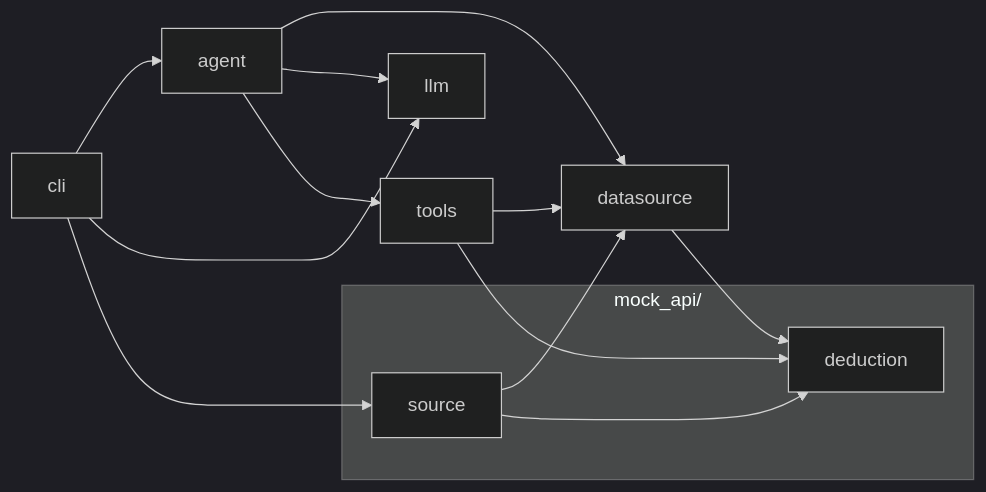
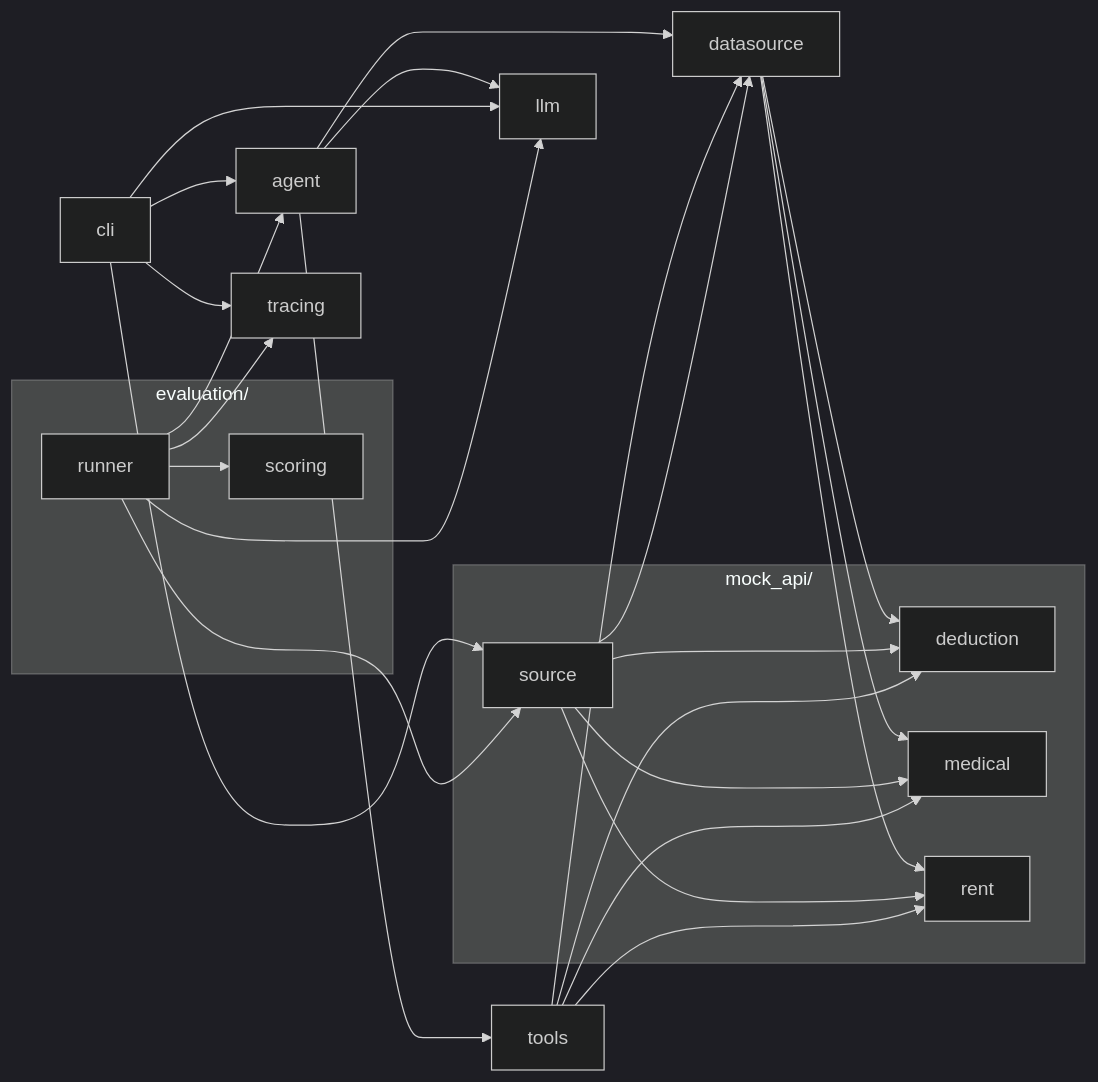
One commit to jooniorp/tax-agent-eval changed the first of 2 diagrams in docs/architecture.md. Above: the diagram before and after it, drawn with Mermaid (dark theme). The commit also changed other lines of this file and 5 other files, not shown here.

````diff
--- a/docs/architecture.md
+++ b/docs/architecture.md
@@ -22,23 +24,42 @@
 ```mermaid
 graph LR
   tax_agent_agent["agent"]
   tax_agent_cli["cli"]
   tax_agent_datasource["datasource"]
   tax_agent_llm["llm"]
   tax_agent_tools["tools"]
+  tax_agent_tracing["tracing"]
+  subgraph pkg_evaluation["evaluation/"]
+    tax_agent_evaluation_runner["runner"]
+    tax_agent_evaluation_scoring["scoring"]
+  end
   subgraph pkg_mock_api["mock_api/"]
     tax_agent_mock_api_deduction["deduction"]
+    tax_agent_mock_api_medical["medical"]
+    tax_agent_mock_api_rent["rent"]
     tax_agent_mock_api_source["source"]
   end
   tax_agent_agent --> tax_agent_datasource
   tax_agent_agent --> tax_agent_llm
   tax_agent_agent --> tax_agent_tools
   tax_agent_cli --> tax_agent_agent
   tax_agent_cli --> tax_agent_llm
   tax_agent_cli --> tax_agent_mock_api_source
+  tax_agent_cli --> tax_agent_tracing
   tax_agent_datasource --> tax_agent_mock_api_deduction
+  tax_agent_datasource --> tax_agent_mock_api_medical
+  tax_agent_datasource --> tax_agent_mock_api_rent
+  tax_agent_evaluation_runner --> tax_agent_agent
+  tax_agent_evaluation_runner --> tax_agent_evaluation_scoring
+  tax_agent_evaluation_runner --> tax_agent_llm
+  tax_agent_evaluation_runner --> tax_agent_mock_api_source
+  tax_agent_evaluation_runner --> tax_agent_tracing
   tax_agent_mock_api_source --> tax_agent_datasource
   tax_agent_mock_api_source --> tax_agent_mock_api_deduction
+  tax_agent_mock_api_source --> tax_agent_mock_api_medical
+  tax_agent_mock_api_source --> tax_agent_mock_api_rent
   tax_agent_tools --> tax_agent_datasource
   tax_agent_tools --> tax_agent_mock_api_deduction
+  tax_agent_tools --> tax_agent_mock_api_medical
+  tax_agent_tools --> tax_agent_mock_api_rent
 ```
````
